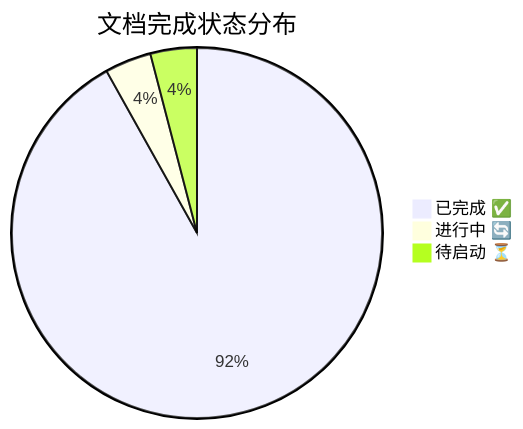
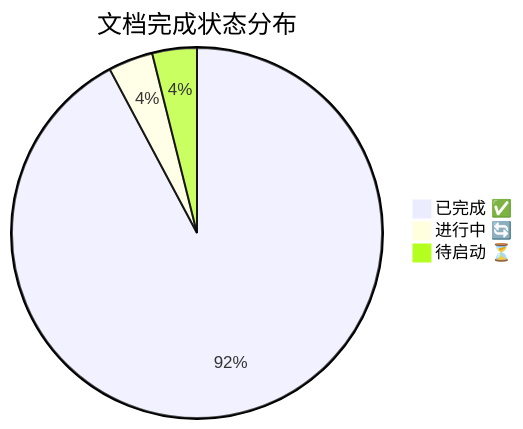
One commit to yimeng2026/TOE-SYLVA changed the first of 3 diagrams in framework/DASHBOARD.md. Above: the diagram before and after it, drawn with Mermaid. The commit also changed other lines of this file and 6 other files, not shown here.

````diff
--- a/framework/DASHBOARD.md
+++ b/framework/DASHBOARD.md
@@ -33,6 +33,6 @@
 ```mermaid
 pie title 文档完成状态分布
-    "已完成 ✅" : 68
+    "已完成 ✅" : 71
     "进行中 🔄" : 3
     "待启动 ⏳" : 3
 ```
````
